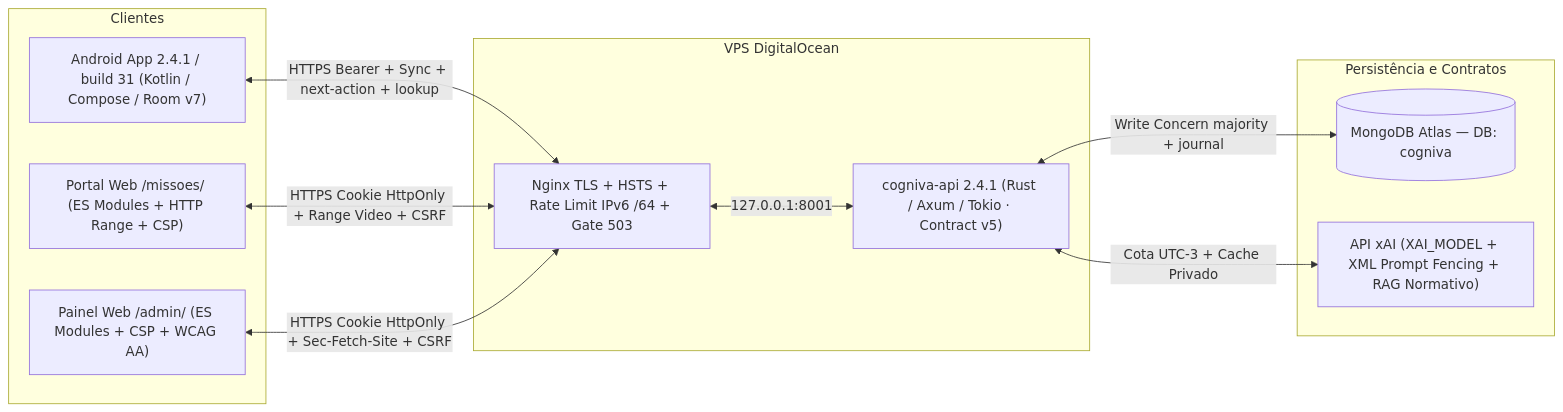
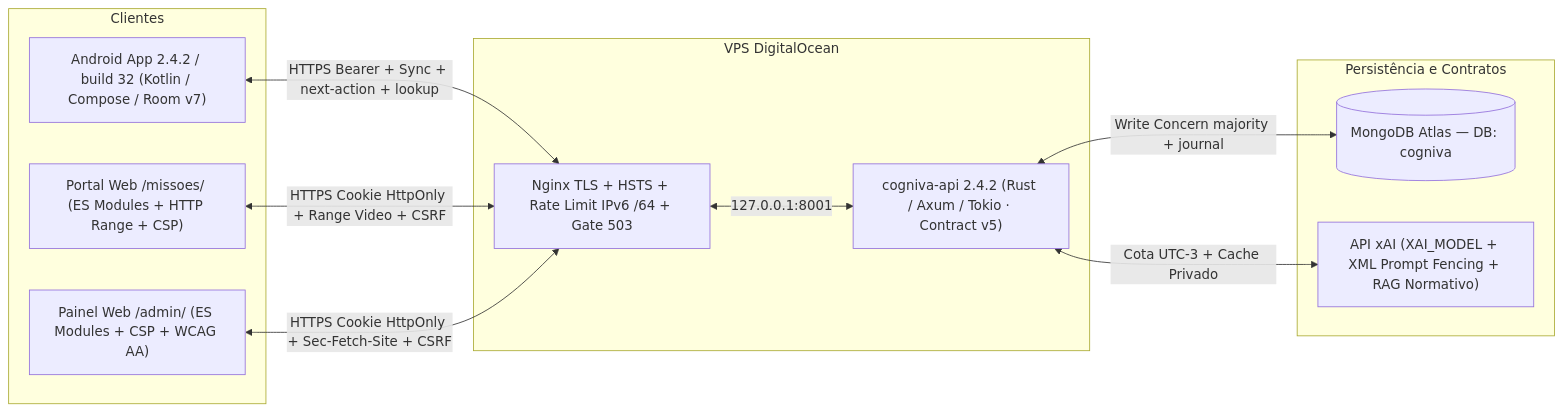
One commit to danielcdes-create/cogniva changed the diagram in docs/ARQUITETURA.md. Above: the diagram before and after it, drawn with Mermaid. The commit also changed other lines of this file and 116 other files, not shown here.

Commit message:
feat(release): Cogniva 2.4.2 (build 32) - auditoria de testes multi-stack, correcoes P0/P1 e expansao de cobertura

````diff
--- a/docs/ARQUITETURA.md
+++ b/docs/ARQUITETURA.md
@@ -9,25 +9,25 @@
 ```mermaid
 flowchart LR
   subgraph Clientes
-    AND["Android App 2.4.1 / build 31 (Kotlin / Compose / Room v7)"]
+    AND["Android App 2.4.2 / build 32 (Kotlin / Compose / Room v7)"]
     MIS["Portal Web /missoes/ (ES Modules + HTTP Range + CSP)"]
     ADM["Painel Web /admin/ (ES Modules + CSP + WCAG AA)"]
   end
 
   subgraph Servidor["VPS DigitalOcean"]
     NGX["Nginx TLS + HSTS + Rate Limit IPv6 /64 + Gate 503"]
-    API["cogniva-api 2.4.1 (Rust / Axum / Tokio · Contract v5)"]
+    API["cogniva-api 2.4.2 (Rust / Axum / Tokio · Contract v5)"]
   end
 
   subgraph Dados["Persistência e Contratos"]
     MDB[("MongoDB Atlas — DB: cogniva")]
     XAI["API xAI (XAI_MODEL + XML Prompt Fencing + RAG Normativo)"]
   end
 
   AND <-->|"HTTPS Bearer + Sync + next-action + lookup"| NGX
   MIS <-->|"HTTPS Cookie HttpOnly + Range Video + CSRF"| NGX
   ADM <-->|"HTTPS Cookie HttpOnly + Sec-Fetch-Site + CSRF"| NGX
   NGX <-->|"127.0.0.1:8001"| API
   API <-->|"Write Concern majority + journal"| MDB
   API <-->|"Cota UTC-3 + Cache Privado"| XAI
 ```
````
